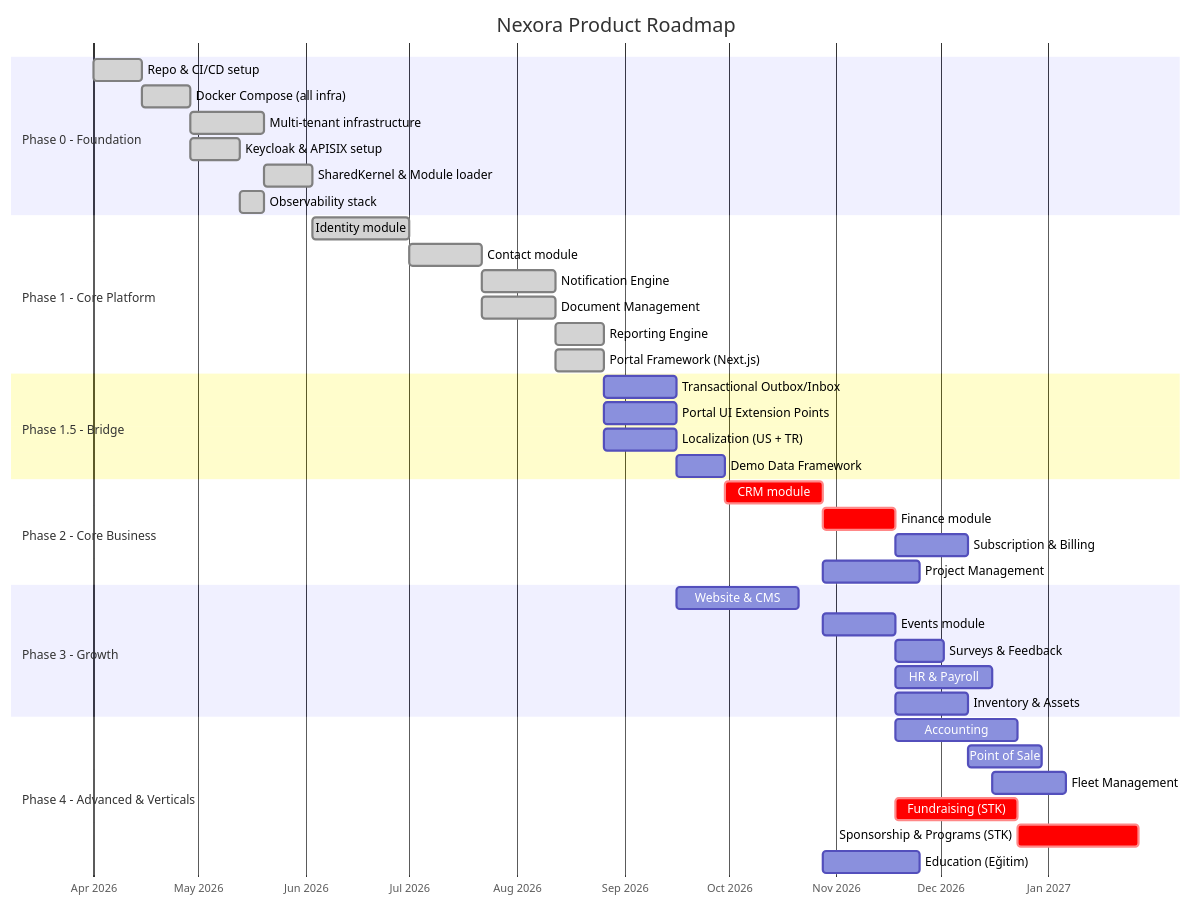
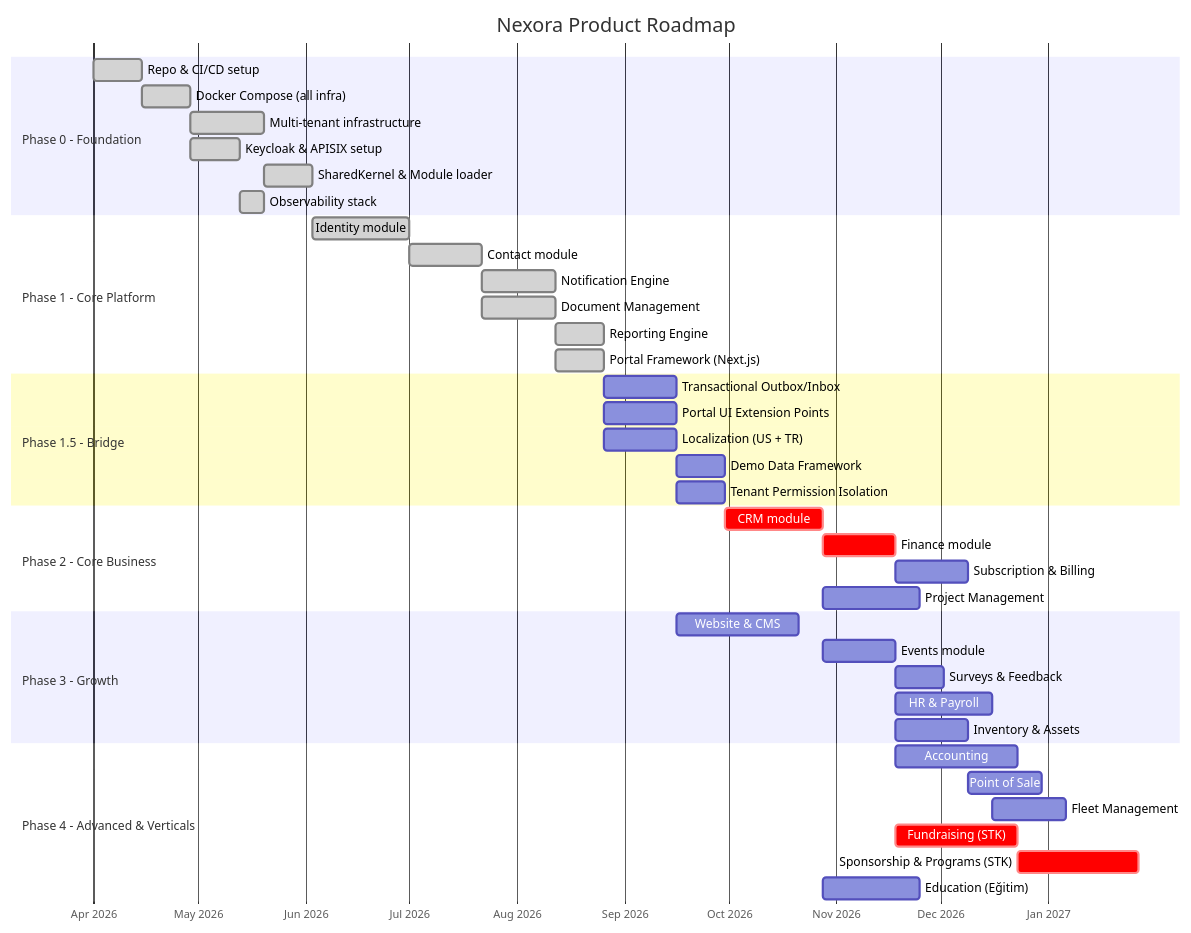
The first of 2 diagrams in docs/roadmap/ROADMAP.md (cemililik/Nexora), drawn with Mermaid before and after one commit. The commit also changed other lines of this file and 119 other files, not shown here.

````diff
--- a/docs/roadmap/ROADMAP.md
+++ b/docs/roadmap/ROADMAP.md
@@ -5,49 +5,50 @@
 ```mermaid
 gantt
     title Nexora Product Roadmap
     dateFormat YYYY-MM-DD
     axisFormat %b %Y
 
     section Phase 0 - Foundation
     Repo & CI/CD setup           :done, p0a, 2026-04-01, 2w
     Docker Compose (all infra)   :done, p0b, after p0a, 2w
     Multi-tenant infrastructure  :done, p0c, after p0b, 3w
     Keycloak & APISIX setup      :done, p0d, after p0b, 2w
     SharedKernel & Module loader :done, p0e, after p0c, 2w
     Observability stack          :done, p0f, after p0d, 1w
 
     section Phase 1 - Core Platform
     Identity module              :done, p1a, after p0e, 4w
     Contact module               :done, p1b, after p1a, 3w
     Notification Engine          :done, p1c, after p1b, 3w
     Document Management          :done, p1d, after p1b, 3w
     Reporting Engine             :done, p1e, after p1c, 2w
     Portal Framework (Next.js)   :done, p1f, after p1d, 2w
 
     section Phase 1.5 - Bridge
     Transactional Outbox/Inbox   :p15a, after p1e, 3w
     Portal UI Extension Points   :p15b, after p1f, 3w
     Localization (US + TR)       :p15c, after p1e, 3w
     Demo Data Framework          :p15d, after p15a, 2w
+    Tenant Permission Isolation  :p15e, after p15c, 2w
 
     section Phase 2 - Core Business
     CRM module                   :crit, p2a, after p15d, 4w
     Finance module               :crit, p2b, after p2a, 3w
     Subscription & Billing       :p2c, after p2b, 3w
     Project Management           :p2d, after p2a, 4w
 
     section Phase 3 - Growth
     Website & CMS                :p3a, after p15b, 5w
     Events module                :p3b, after p2a, 3w
     Surveys & Feedback           :p3c, after p3b, 2w
     HR & Payroll                 :p3d, after p2b, 4w
     Inventory & Assets           :p3e, after p2b, 3w
 
     section Phase 4 - Advanced & Verticals
     Accounting                   :p4a, after p2b, 5w
     Point of Sale                :p4b, after p3e, 3w
     Fleet Management             :p4c, after p3d, 3w
     Fundraising (STK)            :crit, p4d, after p2b, 5w
     Sponsorship & Programs (STK) :crit, p4e, after p4d, 5w
     Education (Eğitim)           :p4f, after p2a, 4w
 ```
````
